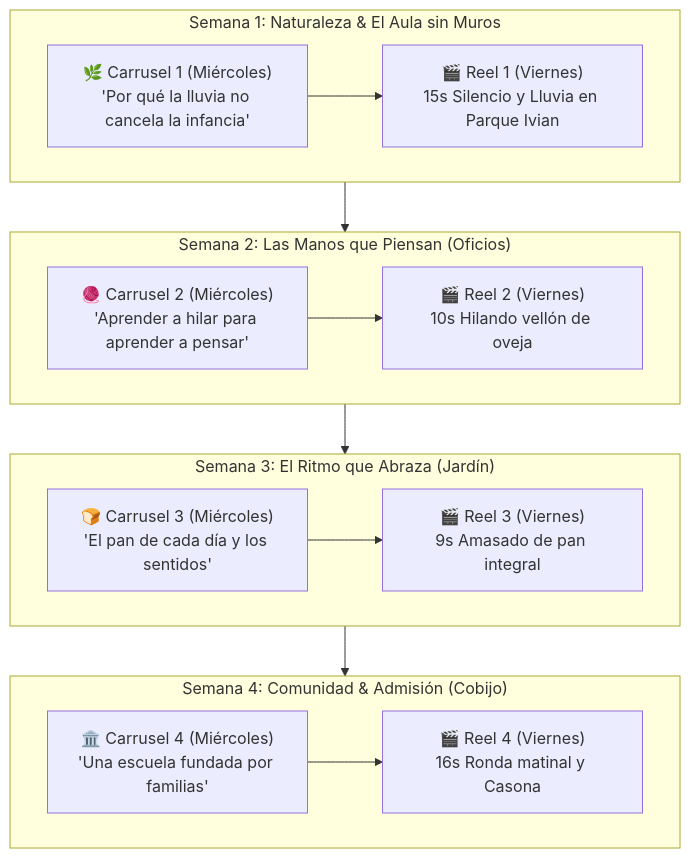
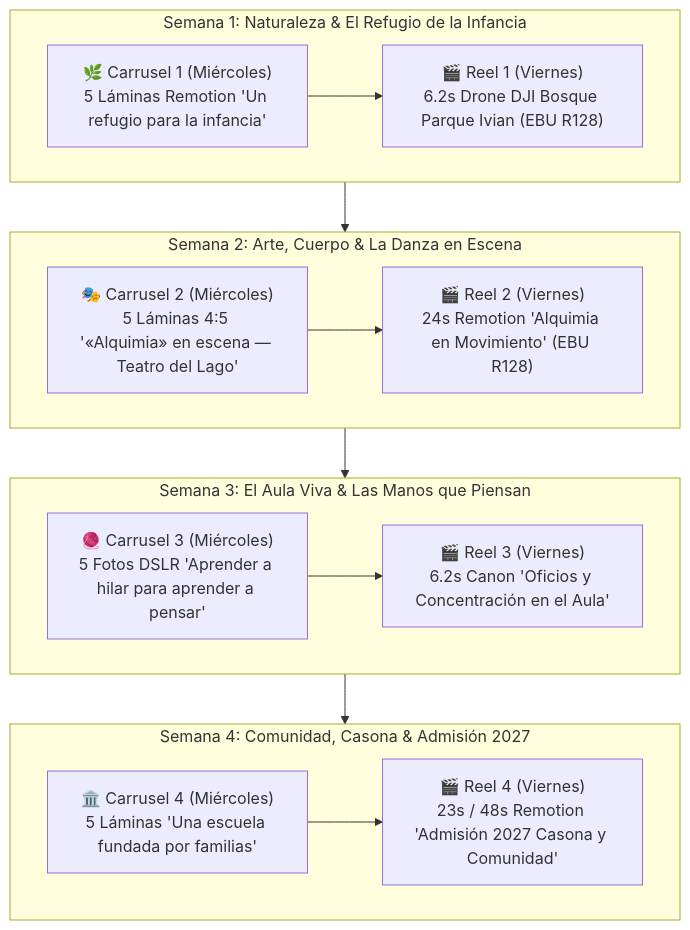
One commit to haramaradripindoor-stack/Webwaldorfv2 changed the diagram in docs/CAMPANA_MES_1_WALDORF_TREKAN.md. Above: the diagram before and after it, drawn with Mermaid. The commit also changed other lines of this file, not shown here.

Commit message:
docs(campana): actualizar plan canónico mes 1 con activos reales verificados remotion y ebu r128

````diff
--- a/docs/CAMPANA_MES_1_WALDORF_TREKAN.md
+++ b/docs/CAMPANA_MES_1_WALDORF_TREKAN.md
@@ -26,28 +29,28 @@
 ```mermaid
 flowchart TD
-    subgraph S1["Semana 1: Naturaleza & El Aula sin Muros"]
-        C1["🌿 Carrusel 1 (Miércoles)<br/>'Por qué la lluvia no cancela la infancia'"]
-        R1["🎬 Reel 1 (Viernes)<br/>15s Silencio y Lluvia en Parque Ivian"]
+    subgraph S1["Semana 1: Naturaleza & El Refugio de la Infancia"]
+        C1["🌿 Carrusel 1 (Miércoles)<br/>5 Láminas Remotion 'Un refugio para la infancia'"]
+        R1["🎬 Reel 1 (Viernes)<br/>6.2s Drone DJI Bosque Parque Ivian (EBU R128)"]
         C1 --> R1
     end
 
-    subgraph S2["Semana 2: Las Manos que Piensan (Oficios)"]
-        C2["🧶 Carrusel 2 (Miércoles)<br/>'Aprender a hilar para aprender a pensar'"]
-        R2["🎬 Reel 2 (Viernes)<br/>10s Hilando vellón de oveja"]
+    subgraph S2["Semana 2: Arte, Cuerpo & La Danza en Escena"]
+        C2["🎭 Carrusel 2 (Miércoles)<br/>5 Láminas 4:5 '«Alquimia» en escena — Teatro del Lago'"]
+        R2["🎬 Reel 2 (Viernes)<br/>24s Remotion 'Alquimia en Movimiento' (EBU R128)"]
         C2 --> R2
     end
 
-    subgraph S3["Semana 3: El Ritmo que Abraza (Jardín)"]
-        C3["🍞 Carrusel 3 (Miércoles)<br/>'El pan de cada día y los sentidos'"]
-        R3["🎬 Reel 3 (Viernes)<br/>9s Amasado de pan integral"]
+    subgraph S3["Semana 3: El Aula Viva & Las Manos que Piensan"]
+        C3["🧶 Carrusel 3 (Miércoles)<br/>5 Fotos DSLR 'Aprender a hilar para aprender a pensar'"]
+        R3["🎬 Reel 3 (Viernes)<br/>6.2s Canon 'Oficios y Concentración en el Aula'"]
         C3 --> R3
     end
 
-    subgraph S4["Semana 4: Comunidad & Admisión (Cobijo)"]
-        C4["🏛️ Carrusel 4 (Miércoles)<br/>'Una escuela fundada por familias'"]
-        R4["🎬 Reel 4 (Viernes)<br/>16s Ronda matinal y Casona"]
+    subgraph S4["Semana 4: Comunidad, Casona & Admisión 2027"]
+        C4["🏛️ Carrusel 4 (Miércoles)<br/>5 Láminas 'Una escuela fundada por familias'"]
+        R4["🎬 Reel 4 (Viernes)<br/>23s / 48s Remotion 'Admisión 2027 Casona y Comunidad'"]
         C4 --> R4
     end
 
     S1 --> S2 --> S3 --> S4
 ```
````
